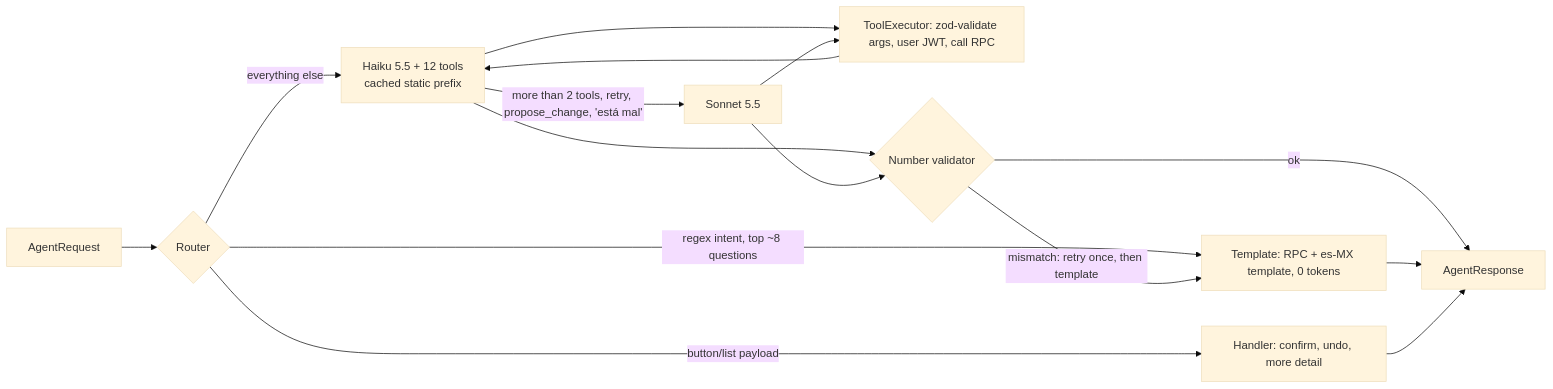
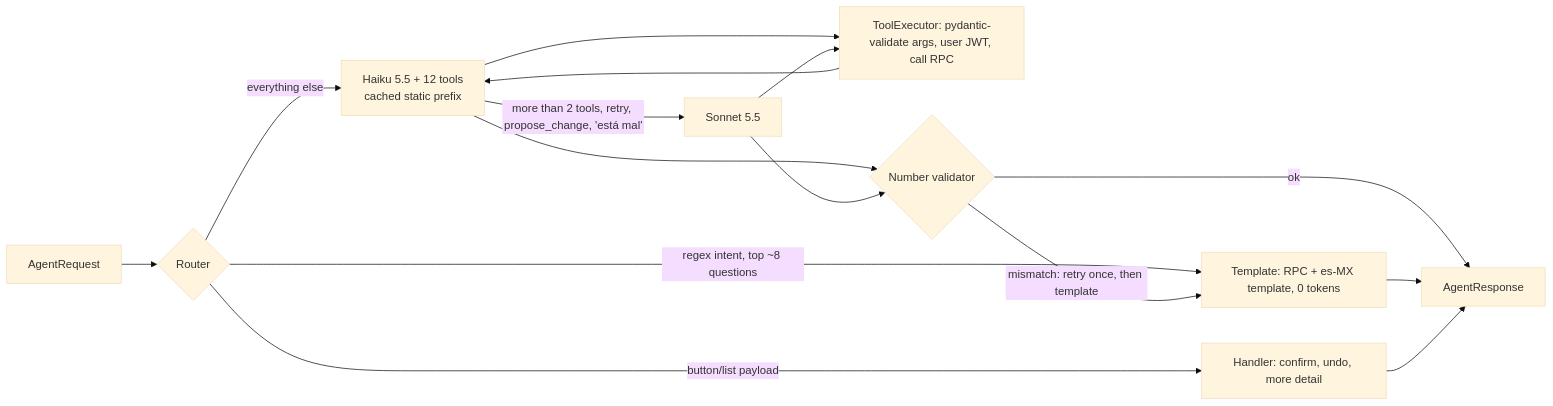
The third of 4 diagrams in docs/kickoff/09-architecture.md (mermia-tech/MermIA), drawn with Mermaid (base theme) before and after one commit. The commit also changed other lines of this file and 2 other files, not shown here.

Commit message:
MR-46: switch backend plan to Python (FastAPI, Pydantic, Procrastinate)

````diff
--- a/docs/kickoff/09-architecture.md
+++ b/docs/kickoff/09-architecture.md
@@ -244,17 +244,17 @@
 ```mermaid
 flowchart LR
   IN[AgentRequest] --> R{Router}
   R -->|button/list payload| H[Handler: confirm, undo, more detail]
   R -->|regex intent, top ~8 questions| T[Template: RPC + es-MX template, 0 tokens]
   R -->|everything else| L[Haiku 5.5 + 12 tools<br/>cached static prefix]
   L -->|more than 2 tools, retry, propose_change, 'está mal'| S[Sonnet 5.5]
-  L --> X[ToolExecutor: zod-validate args, user JWT, call RPC]
+  L --> X[ToolExecutor: pydantic-validate args, user JWT, call RPC]
   S --> X
   X --> L
   L --> V{Number validator}
   S --> V
   V -->|ok| OUT[AgentResponse]
   V -->|mismatch: retry once, then template| T
   T --> OUT
   H --> OUT
 ```
````
